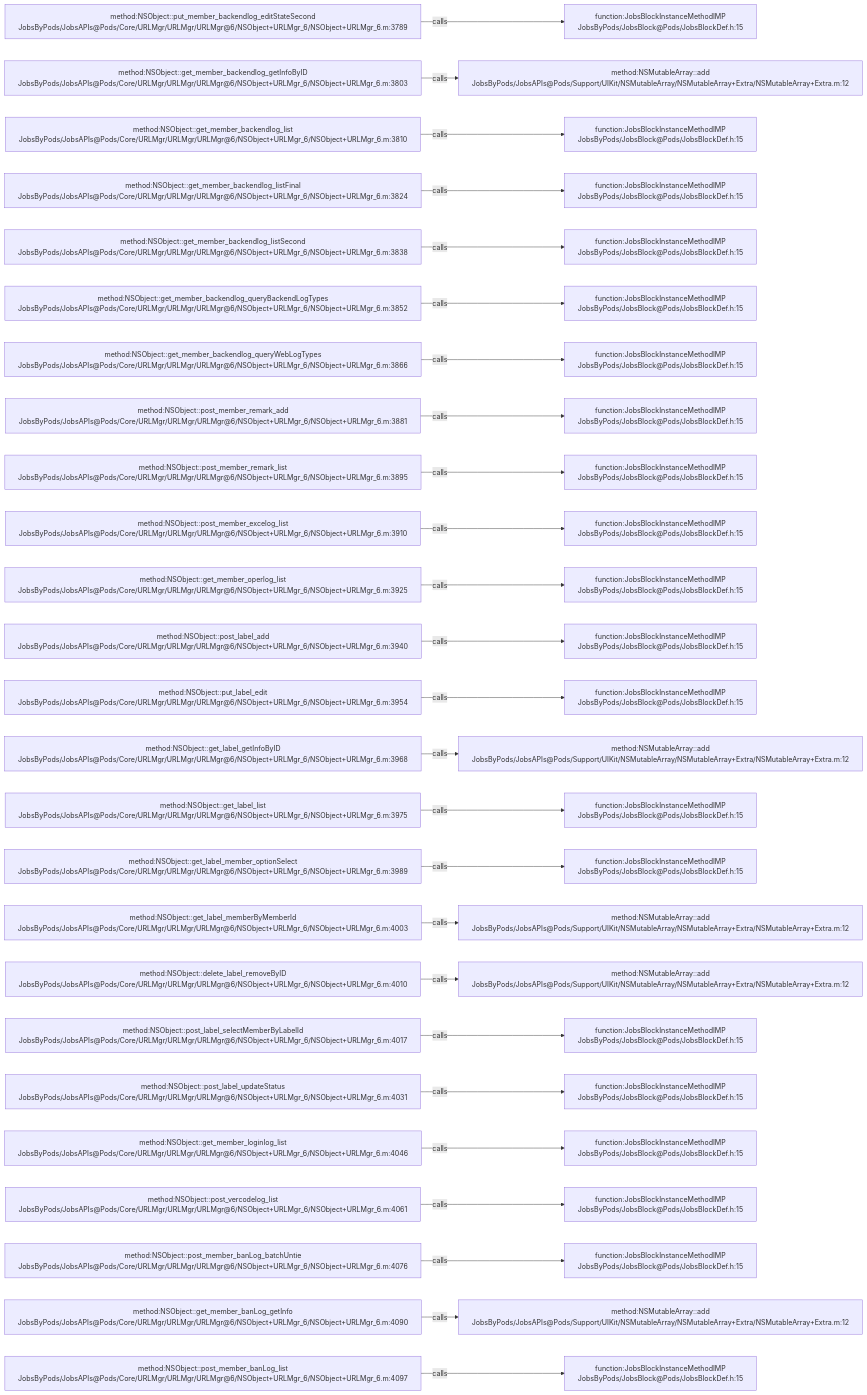
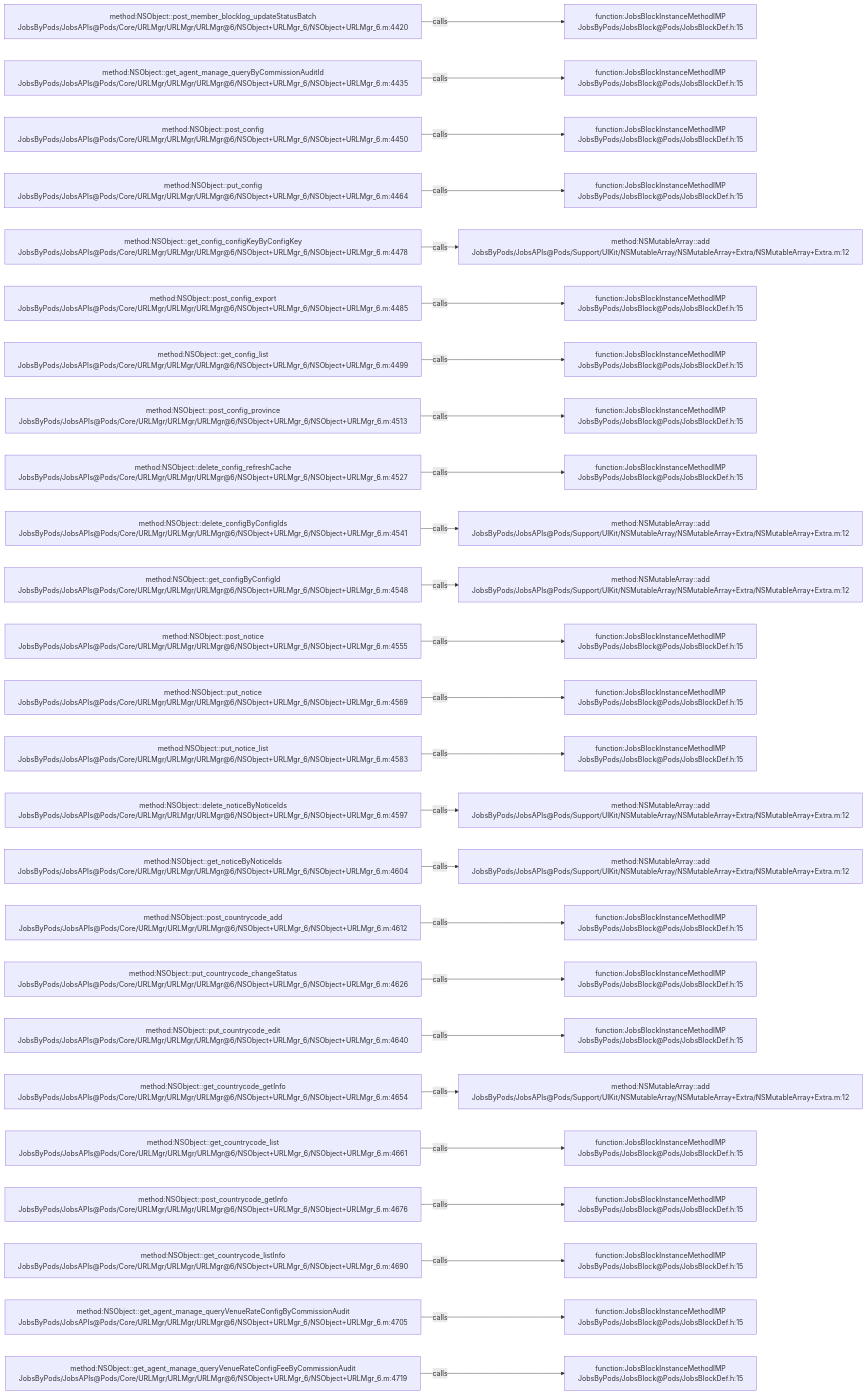
The diagram in .codegraph/codegraph.md/graphs/calls-078.md (JobsKits/JobsOCBaseConfigDemo), drawn with Mermaid before and after one commit. The commit also changed 223 other files, not shown here.

````diff
--- a/.codegraph/codegraph.md/graphs/calls-078.md
+++ b/.codegraph/codegraph.md/graphs/calls-078.md
@@ -13,78 +13,78 @@
 ```mermaid
 flowchart LR
-  S1["method:NSObject::put_member_backendlog_editStateSecond<br/>JobsByPods/JobsAPIs@Pods/Core/URLMgr/URLMgr/URLMgr@6/NSObject+URLMgr_6/NSObject+URLMgr_6.m:3789"]
+  S1["method:NSObject::post_member_blocklog_updateStatusBatch<br/>JobsByPods/JobsAPIs@Pods/Core/URLMgr/URLMgr/URLMgr@6/NSObject+URLMgr_6/NSObject+URLMgr_6.m:4420"]
   T1["function:JobsBlockInstanceMethodIMP<br/>JobsByPods/JobsBlock@Pods/JobsBlockDef.h:15"]
   S1 -->|calls| T1
-  S2["method:NSObject::get_member_backendlog_getInfoByID<br/>JobsByPods/JobsAPIs@Pods/Core/URLMgr/URLMgr/URLMgr@6/NSObject+URLMgr_6/NSObject+URLMgr_6.m:3803"]
-  T2["method:NSMutableArray::add<br/>JobsByPods/JobsAPIs@Pods/Support/UIKit/NSMutableArray/NSMutableArray+Extra/NSMutableArray+Extra.m:12"]
+  S2["method:NSObject::get_agent_manage_queryByCommissionAuditId<br/>JobsByPods/JobsAPIs@Pods/Core/URLMgr/URLMgr/URLMgr@6/NSObject+URLMgr_6/NSObject+URLMgr_6.m:4435"]
+  T2["function:JobsBlockInstanceMethodIMP<br/>JobsByPods/JobsBlock@Pods/JobsBlockDef.h:15"]
   S2 -->|calls| T2
-  S3["method:NSObject::get_member_backendlog_list<br/>JobsByPods/JobsAPIs@Pods/Core/URLMgr/URLMgr/URLMgr@6/NSObject+URLMgr_6/NSObject+URLMgr_6.m:3810"]
+  S3["method:NSObject::post_config<br/>JobsByPods/JobsAPIs@Pods/Core/URLMgr/URLMgr/URLMgr@6/NSObject+URLMgr_6/NSObject+URLMgr_6.m:4450"]
   T3["function:JobsBlockInstanceMethodIMP<br/>JobsByPods/JobsBlock@Pods/JobsBlockDef.h:15"]
   S3 -->|calls| T3
-  S4["method:NSObject::get_member_backendlog_listFinal<br/>JobsByPods/JobsAPIs@Pods/Core/URLMgr/URLMgr/URLMgr@6/NSObject+URLMgr_6/NSObject+URLMgr_6.m:3824"]
+  S4["method:NSObject::put_config<br/>JobsByPods/JobsAPIs@Pods/Core/URLMgr/URLMgr/URLMgr@6/NSObject+URLMgr_6/NSObject+URLMgr_6.m:4464"]
   T4["function:JobsBlockInstanceMethodIMP<br/>JobsByPods/JobsBlock@Pods/JobsBlockDef.h:15"]
   S4 -->|calls| T4
-  S5["method:NSObject::get_member_backendlog_listSecond<br/>JobsByPods/JobsAPIs@Pods/Core/URLMgr/URLMgr/URLMgr@6/NSObject+URLMgr_6/NSObject+URLMgr_6.m:3838"]
-  T5["function:JobsBlockInstanceMethodIMP<br/>JobsByPods/JobsBlock@Pods/JobsBlockDef.h:15"]
+  S5["method:NSObject::get_config_configKeyByConfigKey<br/>JobsByPods/JobsAPIs@Pods/Core/URLMgr/URLMgr/URLMgr@6/NSObject+URLMgr_6/NSObject+URLMgr_6.m:4478"]
+  T5["method:NSMutableArray::add<br/>JobsByPods/JobsAPIs@Pods/Support/UIKit/NSMutableArray/NSMutableArray+Extra/NSMutableArray+Extra.m:12"]
   S5 -->|calls| T5
-  S6["method:NSObject::get_member_backendlog_queryBackendLogTypes<br/>JobsByPods/JobsAPIs@Pods/Core/URLMgr/URLMgr/URLMgr@6/NSObject+URLMgr_6/NSObject+URLMgr_6.m:3852"]
+  S6["method:NSObject::post_config_export<br/>JobsByPods/JobsAPIs@Pods/Core/URLMgr/URLMgr/URLMgr@6/NSObject+URLMgr_6/NSObject+URLMgr_6.m:4485"]
   T6["function:JobsBlockInstanceMethodIMP<br/>JobsByPods/JobsBlock@Pods/JobsBlockDef.h:15"]
   S6 -->|calls| T6
-  S7["method:NSObject::get_member_backendlog_queryWebLogTypes<br/>JobsByPods/JobsAPIs@Pods/Core/URLMgr/URLMgr/URLMgr@6/NSObject+URLMgr_6/NSObject+URLMgr_6.m:3866"]
+  S7["method:NSObject::get_config_list<br/>JobsByPods/JobsAPIs@Pods/Core/URLMgr/URLMgr/URLMgr@6/NSObject+URLMgr_6/NSObject+URLMgr_6.m:4499"]
   T7["function:JobsBlockInstanceMethodIMP<br/>JobsByPods/JobsBlock@Pods/JobsBlockDef.h:15"]
   S7 -->|calls| T7
-  S8["method:NSObject::post_member_remark_add<br/>JobsByPods/JobsAPIs@Pods/Core/URLMgr/URLMgr/URLMgr@6/NSObject+URLMgr_6/NSObject+URLMgr_6.m:3881"]
+  S8["method:NSObject::post_config_province<br/>JobsByPods/JobsAPIs@Pods/Core/URLMgr/URLMgr/URLMgr@6/NSObject+URLMgr_6/NSObject+URLMgr_6.m:4513"]
   T8["function:JobsBlockInstanceMethodIMP<br/>JobsByPods/JobsBlock@Pods/JobsBlockDef.h:15"]
   S8 -->|calls| T8
-  S9["method:NSObject::post_member_remark_list<br/>JobsByPods/JobsAPIs@Pods/Core/URLMgr/URLMgr/URLMgr@6/NSObject+URLMgr_6/NSObject+URLMgr_6.m:3895"]
+  S9["method:NSObject::delete_config_refreshCache<br/>JobsByPods/JobsAPIs@Pods/Core/URLMgr/URLMgr/URLMgr@6/NSObject+URLMgr_6/NSObject+URLMgr_6.m:4527"]
   T9["function:JobsBlockInstanceMethodIMP<br/>JobsByPods/JobsBlock@Pods/JobsBlockDef.h:15"]
   S9 -->|calls| T9
-  S10["method:NSObject::post_member_excelog_list<br/>JobsByPods/JobsAPIs@Pods/Core/URLMgr/URLMgr/URLMgr@6/NSObject+URLMgr_6/NSObject+URLMgr_6.m:3910"]
-  T10["function:JobsBlockInstanceMethodIMP<br/>JobsByPods/JobsBlock@Pods/JobsBlockDef.h:15"]
+  S10["method:NSObject::delete_configByConfigIds<br/>JobsByPods/JobsAPIs@Pods/Core/URLMgr/URLMgr/URLMgr@6/NSObject+URLMgr_6/NSObject+URLMgr_6.m:4541"]
+  T10["method:NSMutableArray::add<br/>JobsByPods/JobsAPIs@Pods/Support/UIKit/NSMutableArray/NSMutableArray+Extra/NSMutableArray+Extra.m:12"]
   S10 -->|calls| T10
-  S11["method:NSObject::get_member_operlog_list<br/>JobsByPods/JobsAPIs@Pods/Core/URLMgr/URLMgr/URLMgr@6/NSObject+URLMgr_6/NSObject+URLMgr_6.m:3925"]
-  T11["function:JobsBlockInstanceMethodIMP<br/>JobsByPods/JobsBlock@Pods/JobsBlockDef.h:15"]
+  S11["method:NSObject::get_configByConfigId<br/>JobsByPods/JobsAPIs@Pods/Core/URLMgr/URLMgr/URLMgr@6/NSObject+URLMgr_6/NSObject+URLMgr_6.m:4548"]
+  T11["method:NSMutableArray::add<br/>JobsByPods/JobsAPIs@Pods/Support/UIKit/NSMutableArray/NSMutableArray+Extra/NSMutableArray+Extra.m:12"]
   S11 -->|calls| T11
-  S12["method:NSObject::post_label_add<br/>JobsByPods/JobsAPIs@Pods/Core/URLMgr/URLMgr/URLMgr@6/NSObject+URLMgr_6/NSObject+URLMgr_6.m:3940"]
+  S12["method:NSObject::post_notice<br/>JobsByPods/JobsAPIs@Pods/Core/URLMgr/URLMgr/URLMgr@6/NSObject+URLMgr_6/NSObject+URLMgr_6.m:4555"]
   T12["function:JobsBlockInstanceMethodIMP<br/>JobsByPods/JobsBlock@Pods/JobsBlockDef.h:15"]
   S12 -->|calls| T12
-  S13["method:NSObject::put_label_edit<br/>JobsByPods/JobsAPIs@Pods/Core/URLMgr/URLMgr/URLMgr@6/NSObject+URLMgr_6/NSObject+URLMgr_6.m:3954"]
+  S13["method:NSObject::put_notice<br/>JobsByPods/JobsAPIs@Pods/Core/URLMgr/URLMgr/URLMgr@6/NSObject+URLMgr_6/NSObject+URLMgr_6.m:4569"]
   T13["function:JobsBlockInstanceMethodIMP<br/>JobsByPods/JobsBlock@Pods/JobsBlockDef.h:15"]
   S13 -->|calls| T13
-  S14["method:NSObject::get_label_getInfoByID<br/>JobsByPods/JobsAPIs@Pods/Core/URLMgr/URLMgr/URLMgr@6/NSObject+URLMgr_6/NSObject+URLMgr_6.m:3968"]
-  T14["method:NSMutableArray::add<br/>JobsByPods/JobsAPIs@Pods/Support/UIKit/NSMutableArray/NSMutableArray+Extra/NSMutableArray+Extra.m:12"]
+  S14["method:NSObject::put_notice_list<br/>JobsByPods/JobsAPIs@Pods/Core/URLMgr/URLMgr/URLMgr@6/NSObject+URLMgr_6/NSObject+URLMgr_6.m:4583"]
+  T14["function:JobsBlockInstanceMethodIMP<br/>JobsByPods/JobsBlock@Pods/JobsBlockDef.h:15"]
   S14 -->|calls| T14
-  S15["method:NSObject::get_label_list<br/>JobsByPods/JobsAPIs@Pods/Core/URLMgr/URLMgr/URLMgr@6/NSObject+URLMgr_6/NSObject+URLMgr_6.m:3975"]
-  T15["function:JobsBlockInstanceMethodIMP<br/>JobsByPods/JobsBlock@Pods/JobsBlockDef.h:15"]
+  S15["method:NSObject::delete_noticeByNoticeIds<br/>JobsByPods/JobsAPIs@Pods/Core/URLMgr/URLMgr/URLMgr@6/NSObject+URLMgr_6/NSObject+URLMgr_6.m:4597"]
+  T15["method:NSMutableArray::add<br/>JobsByPods/JobsAPIs@Pods/Support/UIKit/NSMutableArray/NSMutableArray+Extra/NSMutableArray+Extra.m:12"]
   S15 -->|calls| T15
-  S16["method:NSObject::get_label_member_optionSelect<br/>JobsByPods/JobsAPIs@Pods/Core/URLMgr/URLMgr/URLMgr@6/NSObject+URLMgr_6/NSObject+URLMgr_6.m:3989"]
-  T16["function:JobsBlockInstanceMethodIMP<br/>JobsByPods/JobsBlock@Pods/JobsBlockDef.h:15"]
+  S16["method:NSObject::get_noticeByNoticeIds<br/>JobsByPods/JobsAPIs@Pods/Core/URLMgr/URLMgr/URLMgr@6/NSObject+URLMgr_6/NSObject+URLMgr_6.m:4604"]
+  T16["method:NSMutableArray::add<br/>JobsByPods/JobsAPIs@Pods/Support/UIKit/NSMutableArray/NSMutableArray+Extra/NSMutableArray+Extra.m:12"]
   S16 -->|calls| T16
-  S17["method:NSObject::get_label_memberByMemberId<br/>JobsByPods/JobsAPIs@Pods/Core/URLMgr/URLMgr/URLMgr@6/NSObject+URLMgr_6/NSObject+URLMgr_6.m:4003"]
-  T17["method:NSMutableArray::add<br/>JobsByPods/JobsAPIs@Pods/Support/UIKit/NSMutableArray/NSMutableArray+Extra/NSMutableArray+Extra.m:12"]
+  S17["method:NSObject::post_countrycode_add<br/>JobsByPods/JobsAPIs@Pods/Core/URLMgr/URLMgr/URLMgr@6/NSObject+URLMgr_6/NSObject+URLMgr_6.m:4612"]
+  T17["function:JobsBlockInstanceMethodIMP<br/>JobsByPods/JobsBlock@Pods/JobsBlockDef.h:15"]
   S17 -->|calls| T17
-  S18["method:NSObject::delete_label_removeByID<br/>JobsByPods/JobsAPIs@Pods/Core/URLMgr/URLMgr/URLMgr@6/NSObject+URLMgr_6/NSObject+URLMgr_6.m:4010"]
-  T18["method:NSMutableArray::add<br/>JobsByPods/JobsAPIs@Pods/Support/UIKit/NSMutableArray/NSMutableArray+Extra/NSMutableArray+Extra.m:12"]
+  S18["method:NSObject::put_countrycode_changeStatus<br/>JobsByPods/JobsAPIs@Pods/Core/URLMgr/URLMgr/URLMgr@6/NSObject+URLMgr_6/NSObject+URLMgr_6.m:4626"]
+  T18["function:JobsBlockInstanceMethodIMP<br/>JobsByPods/JobsBlock@Pods/JobsBlockDef.h:15"]
   S18 -->|calls| T18
-  S19["method:NSObject::post_label_selectMemberByLabelId<br/>JobsByPods/JobsAPIs@Pods/Core/URLMgr/URLMgr/URLMgr@6/NSObject+URLMgr_6/NSObject+URLMgr_6.m:4017"]
+  S19["method:NSObject::put_countrycode_edit<br/>JobsByPods/JobsAPIs@Pods/Core/URLMgr/URLMgr/URLMgr@6/NSObject+URLMgr_6/NSObject+URLMgr_6.m:4640"]
   T19["function:JobsBlockInstanceMethodIMP<br/>JobsByPods/JobsBlock@Pods/JobsBlockDef.h:15"]
   S19 -->|calls| T19
-  S20["method:NSObject::post_label_updateStatus<br/>JobsByPods/JobsAPIs@Pods/Core/URLMgr/URLMgr/URLMgr@6/NSObject+URLMgr_6/NSObject+URLMgr_6.m:4031"]
-  T20["function:JobsBlockInstanceMethodIMP<br/>JobsByPods/JobsBlock@Pods/JobsBlockDef.h:15"]
+  S20["method:NSObject::get_countrycode_getInfo<br/>JobsByPods/JobsAPIs@Pods/Core/URLMgr/URLMgr/URLMgr@6/NSObject+URLMgr_6/NSObject+URLMgr_6.m:4654"]
+  T20["method:NSMutableArray::add<br/>JobsByPods/JobsAPIs@Pods/Support/UIKit/NSMutableArray/NSMutableArray+Extra/NSMutableArray+Extra.m:12"]
   S20 -->|calls| T20
-  S21["method:NSObject::get_member_loginlog_list<br/>JobsByPods/JobsAPIs@Pods/Core/URLMgr/URLMgr/URLMgr@6/NSObject+URLMgr_6/NSObject+URLMgr_6.m:4046"]
+  S21["method:NSObject::get_countrycode_list<br/>JobsByPods/JobsAPIs@Pods/Core/URLMgr/URLMgr/URLMgr@6/NSObject+URLMgr_6/NSObject+URLMgr_6.m:4661"]
   T21["function:JobsBlockInstanceMethodIMP<br/>JobsByPods/JobsBlock@Pods/JobsBlockDef.h:15"]
   S21 -->|calls| T21
-  S22["method:NSObject::post_vercodelog_list<br/>JobsByPods/JobsAPIs@Pods/Core/URLMgr/URLMgr/URLMgr@6/NSObject+URLMgr_6/NSObject+URLMgr_6.m:4061"]
+  S22["method:NSObject::post_countrycode_getInfo<br/>JobsByPods/JobsAPIs@Pods/Core/URLMgr/URLMgr/URLMgr@6/NSObject+URLMgr_6/NSObject+URLMgr_6.m:4676"]
   T22["function:JobsBlockInstanceMethodIMP<br/>JobsByPods/JobsBlock@Pods/JobsBlockDef.h:15"]
   S22 -->|calls| T22
-  S23["method:NSObject::post_member_banLog_batchUntie<br/>JobsByPods/JobsAPIs@Pods/Core/URLMgr/URLMgr/URLMgr@6/NSObject+URLMgr_6/NSObject+URLMgr_6.m:4076"]
+  S23["method:NSObject::get_countrycode_listInfo<br/>JobsByPods/JobsAPIs@Pods/Core/URLMgr/URLMgr/URLMgr@6/NSObject+URLMgr_6/NSObject+URLMgr_6.m:4690"]
   T23["function:JobsBlockInstanceMethodIMP<br/>JobsByPods/JobsBlock@Pods/JobsBlockDef.h:15"]
   S23 -->|calls| T23
-  S24["method:NSObject::get_member_banLog_getInfo<br/>JobsByPods/JobsAPIs@Pods/Core/URLMgr/URLMgr/URLMgr@6/NSObject+URLMgr_6/NSObject+URLMgr_6.m:4090"]
-  T24["method:NSMutableArray::add<br/>JobsByPods/JobsAPIs@Pods/Support/UIKit/NSMutableArray/NSMutableArray+Extra/NSMutableArray+Extra.m:12"]
+  S24["method:NSObject::get_agent_manage_queryVenueRateConfigByCommissionAudit<br/>JobsByPods/JobsAPIs@Pods/Core/URLMgr/URLMgr/URLMgr@6/NSObject+URLMgr_6/NSObject+URLMgr_6.m:4705"]
+  T24["function:JobsBlockInstanceMethodIMP<br/>JobsByPods/JobsBlock@Pods/JobsBlockDef.h:15"]
   S24 -->|calls| T24
-  S25["method:NSObject::post_member_banLog_list<br/>JobsByPods/JobsAPIs@Pods/Core/URLMgr/URLMgr/URLMgr@6/NSObject+URLMgr_6/NSObject+URLMgr_6.m:4097"]
+  S25["method:NSObject::get_agent_manage_queryVenueRateConfigFeeByCommissionAudit<br/>JobsByPods/JobsAPIs@Pods/Core/URLMgr/URLMgr/URLMgr@6/NSObject+URLMgr_6/NSObject+URLMgr_6.m:4719"]
   T25["function:JobsBlockInstanceMethodIMP<br/>JobsByPods/JobsBlock@Pods/JobsBlockDef.h:15"]
   S25 -->|calls| T25
 ```
````
